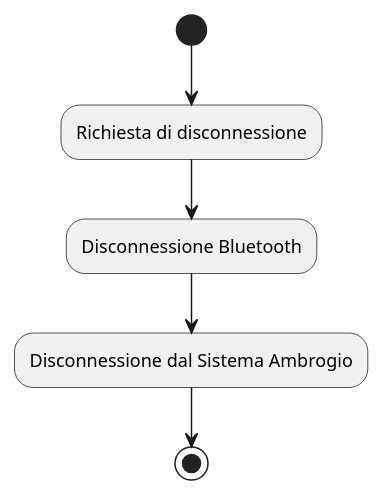
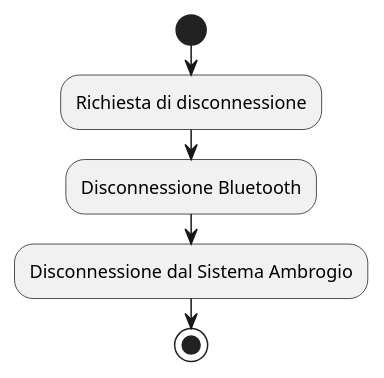
The diagram in A_1.3.puml (Andribi/AmbrogioDiagrams), drawn with PlantUML before and after one commit. The commit also changed 2 other files, not shown here.

Commit message:
Diagramma di attività per requisito 2.1 e modifiche su Req.1

```diff
--- a/A_1.3.puml
+++ b/A_1.3.puml
@@ -1,8 +1,9 @@
 @startuml
 'Requisito 1.3
-(*)  --> "Richiesta di disconnessione"
---> "Disconnessione Bluetooth"
---> "Disconnessione dal Sistema Ambrogio"
---> (*)
+start
+:Richiesta di disconnessione;
+:Disconnessione Bluetooth;
+:Disconnessione dal Sistema Ambrogio;
+stop
 
 @enduml
```
